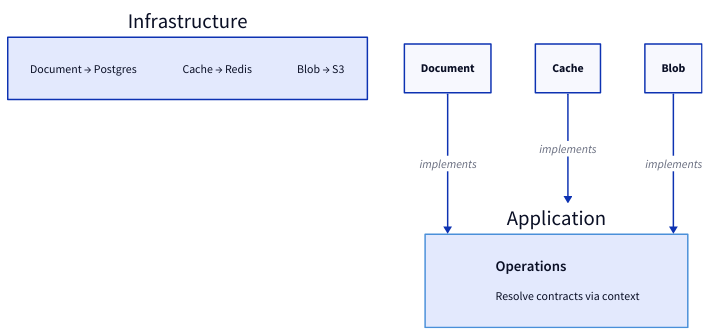
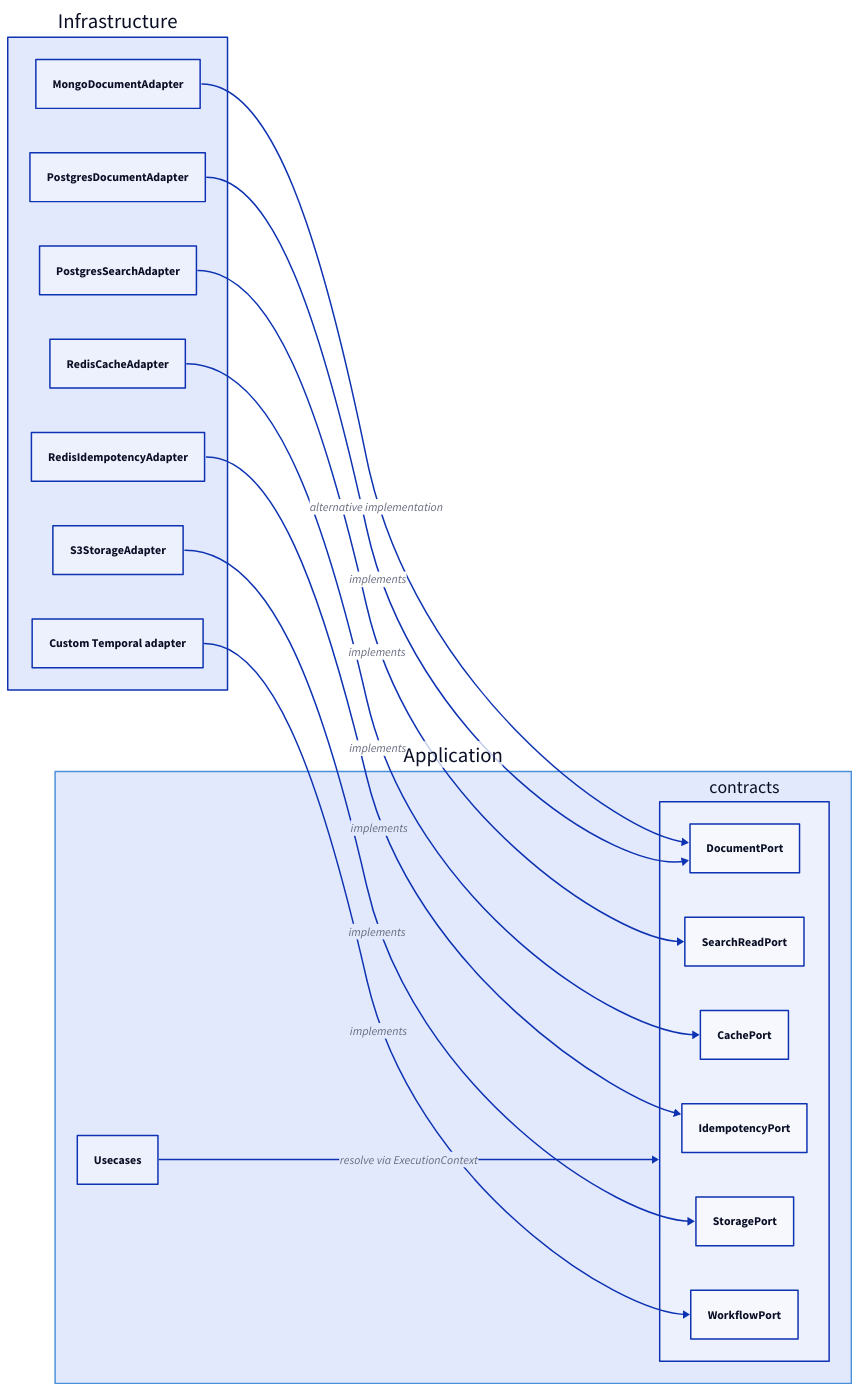
One commit to morzecrew/forze changed the diagram in pages/diagrams/contracts-adapters.d2. Above: the diagram before and after it, drawn with D2. The commit also changed 18 other files, not shown here.

Commit message:
📝 docs(pages): expand newcomer guides and architecture diagrams (#32)

```diff
--- a/pages/diagrams/contracts-adapters.d2
+++ b/pages/diagrams/contracts-adapters.d2
@@ -1,43 +1,51 @@
-# Contracts and adapters (hexagonal)
-
 style: {
     fill: transparent
 }
 
 vars: {
     d2-config: {
         pad: 50
     }
 }
 
+direction: right
+
 Application: {
     shape: rectangle
     style: {
         stroke: "#4a90d9"
     }
 
-    Ops: |md
-        ### Operations
-        Resolve contracts via context
-    |
+    usecases: Usecases
+    contracts: {
+        shape: rectangle
+        doc: DocumentPort
+        search: SearchReadPort
+        cache: CachePort
+        idempotency: IdempotencyPort
+        storage: StoragePort
+        workflow: WorkflowPort
+    }
 }
 
 Infrastructure: {
     shape: rectangle
 
-    Document: |md
-        Document → Postgres
-    |
-
-    Cache: |md
-        Cache → Redis
-    |
-
-    Blob: |md
-        Blob → S3
-    |
+    postgres: PostgresDocumentAdapter
+    pg_search: PostgresSearchAdapter
+    redis_cache: RedisCacheAdapter
+    redis_idem: RedisIdempotencyAdapter
+    s3: S3StorageAdapter
+    mongo: MongoDocumentAdapter
+    custom: Custom Temporal adapter
 }
 
-Document -> Application: implements
-Cache -> Application: implements
-Blob -> Application: implements
+Application.usecases -> Application.contracts: resolve via ExecutionContext
+
+Infrastructure.postgres -> Application.contracts.doc: implements
+Infrastructure.pg_search -> Application.contracts.search: implements
+Infrastructure.redis_cache -> Application.contracts.cache: implements
+Infrastructure.redis_idem -> Application.contracts.idempotency: implements
+Infrastructure.s3 -> Application.contracts.storage: implements
+Infrastructure.mongo -> Application.contracts.doc: alternative implementation
+Infrastructure.custom -> Application.contracts.workflow: implements
```
